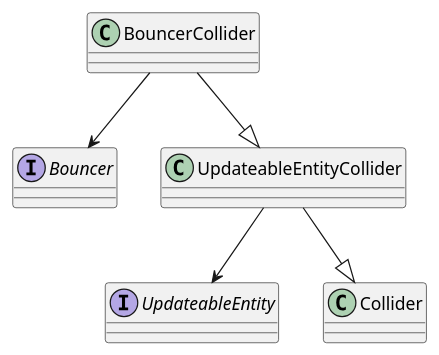
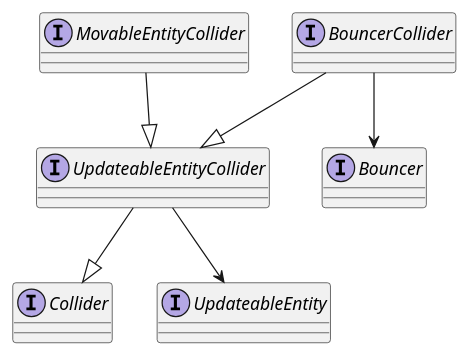
Before and after one commit to giuli635/SuperMarioBros: the diagram in Diagramas/diagramas/Reducido parcial/Colliders/Updateables/Updateables.puml, drawn with PlantUML. The commit also changed 24 other files, not shown here.

Commit message:
pequeña revisión del diagrama reducido

```diff
--- a/Diagramas/diagramas/Reducido parcial/Colliders/Updateables/Updateables.puml
+++ b/Diagramas/diagramas/Reducido parcial/Colliders/Updateables/Updateables.puml
@@ -1,12 +1,18 @@
 @startuml Updateables
 
+interface Collider
 interface Bouncer
 interface UpdateableEntity
+interface UpdateableEntityCollider
+interface MovableEntityCollider
+interface BouncerCollider
 
 BouncerCollider --|> UpdateableEntityCollider
 BouncerCollider --> Bouncer
 
 UpdateableEntityCollider --|> Collider
 UpdateableEntityCollider --> UpdateableEntity
 
+MovableEntityCollider --|> UpdateableEntityCollider	
+
 @enduml
```
